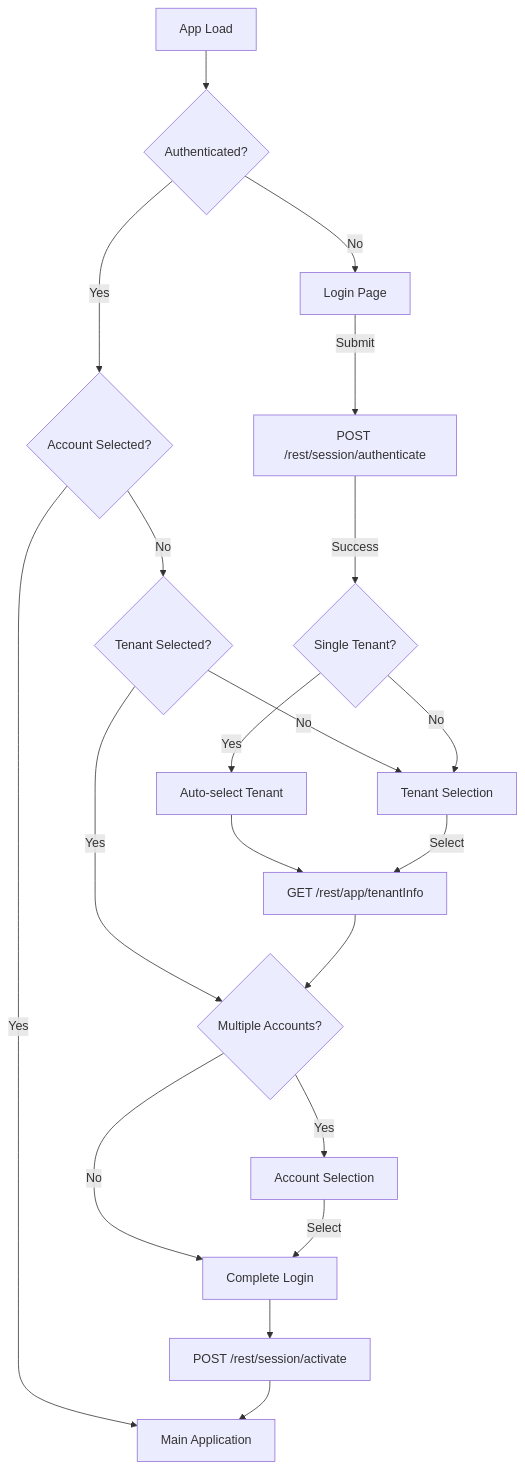
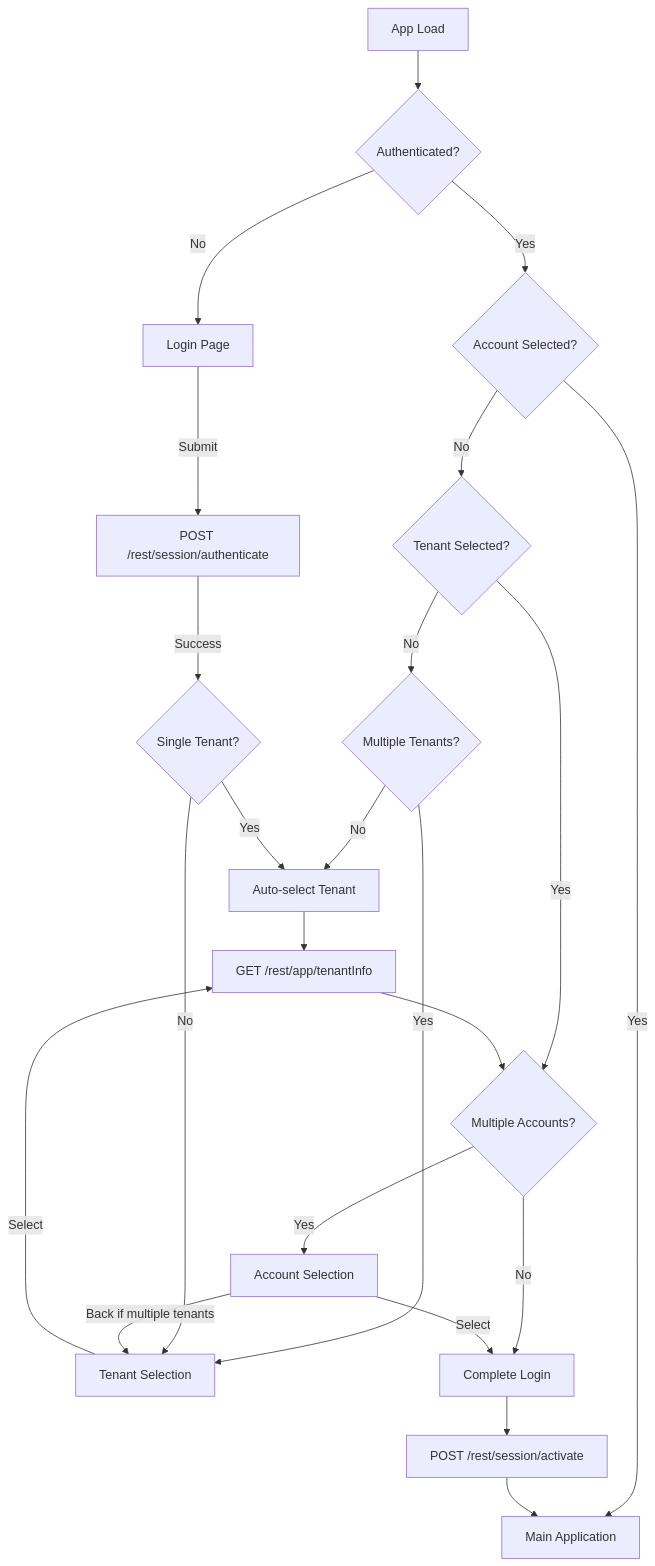
One commit to zeitwert/fm-server changed the first of 4 diagrams in docs/authentication.md. Above: the diagram before and after it, drawn with Mermaid. The commit also changed other lines of this file and 4 other files, not shown here.

````diff
--- a/docs/authentication.md
+++ b/docs/authentication.md
@@ -18,28 +26,32 @@
 ```mermaid
 flowchart TD
     Start[App Load] --> CheckAuth{Authenticated?}
     CheckAuth -->|No| LoginPage[Login Page]
     CheckAuth -->|Yes| CheckAccount{Account Selected?}
     
     CheckAccount -->|Yes| App[Main Application]
     CheckAccount -->|No| CheckTenant{Tenant Selected?}
     
-    CheckTenant -->|No| TenantSelect[Tenant Selection]
+    CheckTenant -->|No| CheckMultiTenant{Multiple Tenants?}
     CheckTenant -->|Yes| CheckMultiAccount{Multiple Accounts?}
+    
+    CheckMultiTenant -->|Yes| TenantSelect[Tenant Selection]
+    CheckMultiTenant -->|No| AutoSelectTenant[Auto-select Tenant]
     
     CheckMultiAccount -->|Yes| AccountSelect[Account Selection]
     CheckMultiAccount -->|No| FinalLogin[Complete Login]
     
     LoginPage -->|Submit| Authenticate[POST /rest/session/authenticate]
     Authenticate -->|Success| CheckSingleTenant{Single Tenant?}
-    CheckSingleTenant -->|Yes| AutoSelectTenant[Auto-select Tenant]
+    CheckSingleTenant -->|Yes| AutoSelectTenant
     CheckSingleTenant -->|No| TenantSelect
     AutoSelectTenant --> FetchTenant
     
     TenantSelect -->|Select| FetchTenant[GET /rest/app/tenantInfo]
     FetchTenant --> CheckMultiAccount
     
     AccountSelect -->|Select| FinalLogin
+    AccountSelect -->|Back if multiple tenants| TenantSelect
     FinalLogin --> ActivateSession[POST /rest/session/activate]
     ActivateSession --> App
 ```
````
